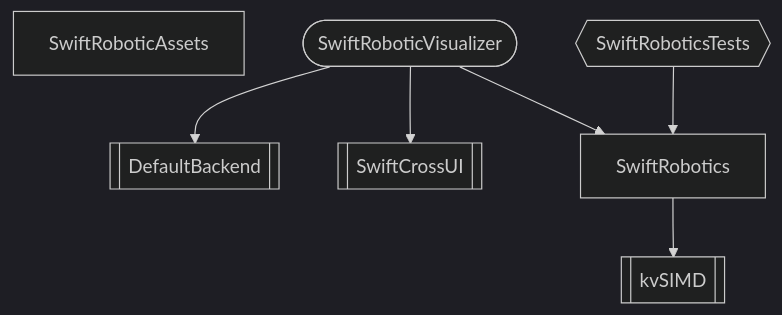
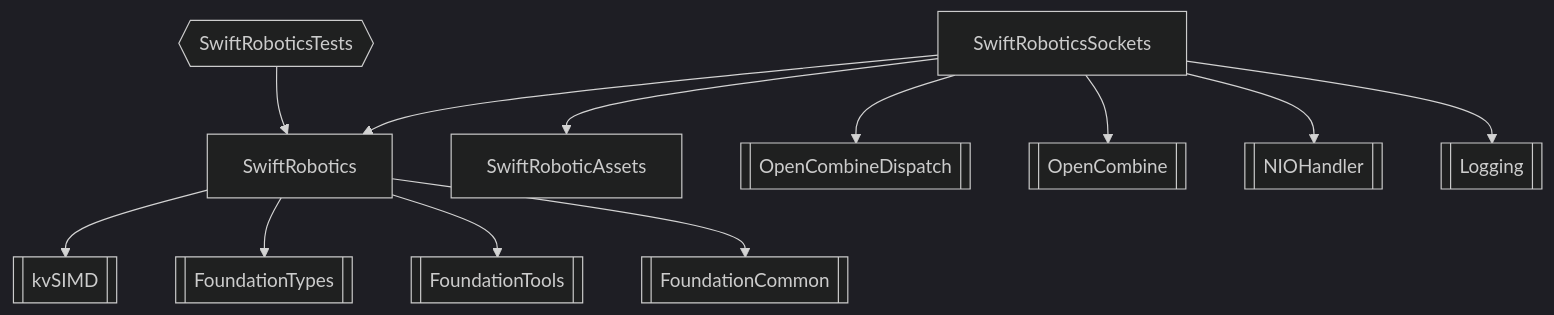
Before and after one commit to kopecn/spmSwiftRobotics: the diagram in readme.md, drawn with Mermaid (dark theme). The commit also changed 1 other file, not shown here.

Commit message:
doc cleanups...

````diff
--- a/readme.md
+++ b/readme.md
@@ -5,9 +5,15 @@
 ```mermaid
 flowchart TD
     SwiftRoboticAssets
-    SwiftRoboticVisualizer([SwiftRoboticVisualizer])-->DefaultBackend[[DefaultBackend]]
-    SwiftRoboticVisualizer([SwiftRoboticVisualizer])-->SwiftCrossUI[[SwiftCrossUI]]
-    SwiftRoboticVisualizer([SwiftRoboticVisualizer])-->SwiftRobotics
+    SwiftRobotics-->FoundationCommon[[FoundationCommon]]
+    SwiftRobotics-->FoundationTools[[FoundationTools]]
+    SwiftRobotics-->FoundationTypes[[FoundationTypes]]
     SwiftRobotics-->kvSIMD[[kvSIMD]]
+    SwiftRoboticsSockets-->Logging[[Logging]]
+    SwiftRoboticsSockets-->NIOHandler[[NIOHandler]]
+    SwiftRoboticsSockets-->OpenCombine[[OpenCombine]]
+    SwiftRoboticsSockets-->OpenCombineDispatch[[OpenCombineDispatch]]
+    SwiftRoboticsSockets-->SwiftRoboticAssets
+    SwiftRoboticsSockets-->SwiftRobotics
     SwiftRoboticsTests{{SwiftRoboticsTests}}-->SwiftRobotics
 ```
````
